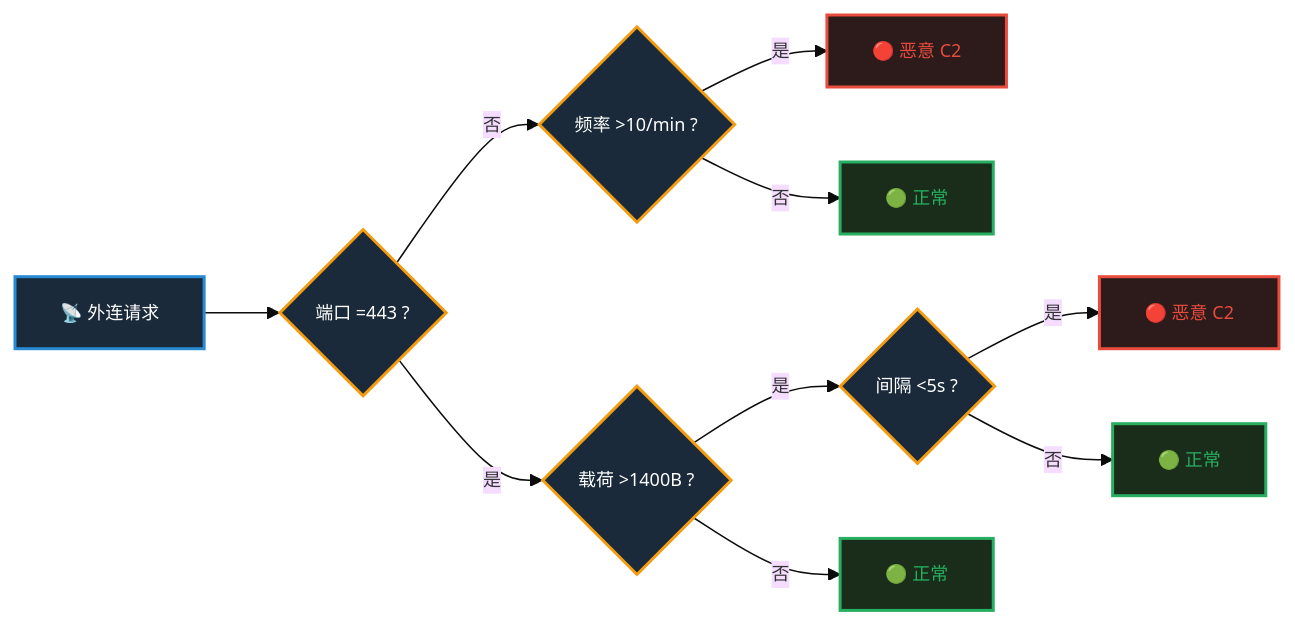
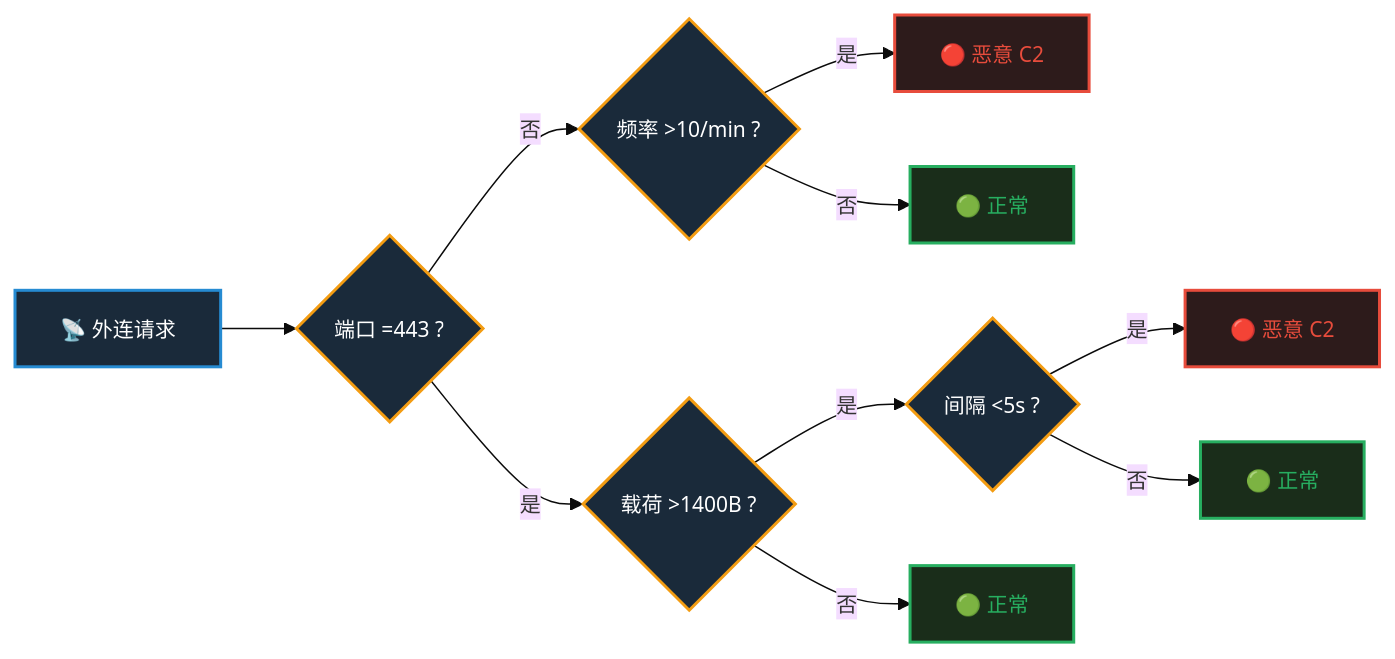
The second of 4 diagrams in cpl/slides/datamining/01_intro_tree.md (YangYibiao/yangyibiao.github.io), drawn with Mermaid before and after one commit. The commit also changed other lines of this file and 9 other files, not shown here.

````diff
--- a/cpl/slides/datamining/01_intro_tree.md
+++ b/cpl/slides/datamining/01_intro_tree.md
@@ -427,29 +499,29 @@
 ```mermaid
-%%{init: { 'theme': 'base', 'themeVariables': { 'fontSize': '12px' } } }%%
+%%{init: { 'theme': 'base', 'themeVariables': { 'fontSize': '14px' } } }%%
 flowchart LR
     A["📡 外连请求"]
     --> B{"端口 =443 ?"}
 
     B -->|否| C{"频率 >10/min ?"}
     B -->|是| D{"载荷 >1400B ?"}
 
     C -->|是| E["🔴 恶意 C2"]
     C -->|否| F["🟢 正常"]
 
     D -->|是| G{"间隔 <5s ?"}
     D -->|否| H["🟢 正常"]
 
     G -->|是| I["🔴 恶意 C2"]
     G -->|否| J["🟢 正常"]
 
     style A fill:#1a2a3a,stroke:#268bd2,stroke-width:2px,color:#fff
     style B fill:#1a2a3a,stroke:#f39c12,stroke-width:2px,color:#fff
     style C fill:#1a2a3a,stroke:#f39c12,stroke-width:2px,color:#fff
     style D fill:#1a2a3a,stroke:#f39c12,stroke-width:2px,color:#fff
     style G fill:#1a2a3a,stroke:#f39c12,stroke-width:2px,color:#fff
     style E fill:#2d1b1b,stroke:#e74c3c,stroke-width:2px,color:#e74c3c
     style I fill:#2d1b1b,stroke:#e74c3c,stroke-width:2px,color:#e74c3c
     style F fill:#1a2d1a,stroke:#27ae60,stroke-width:2px,color:#27ae60
     style H fill:#1a2d1a,stroke:#27ae60,stroke-width:2px,color:#27ae60
     style J fill:#1a2d1a,stroke:#27ae60,stroke-width:2px,color:#27ae60
 ```
````
